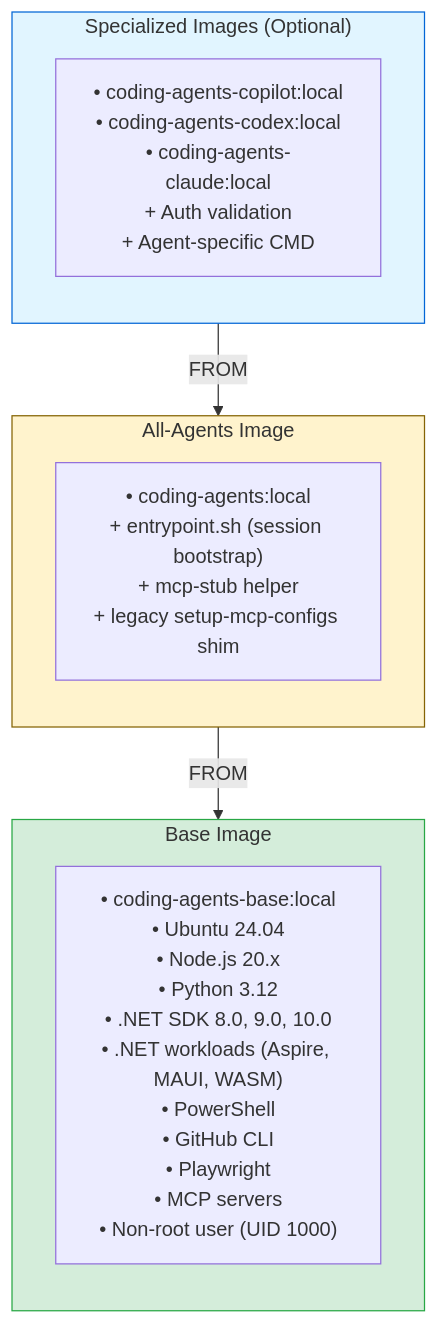
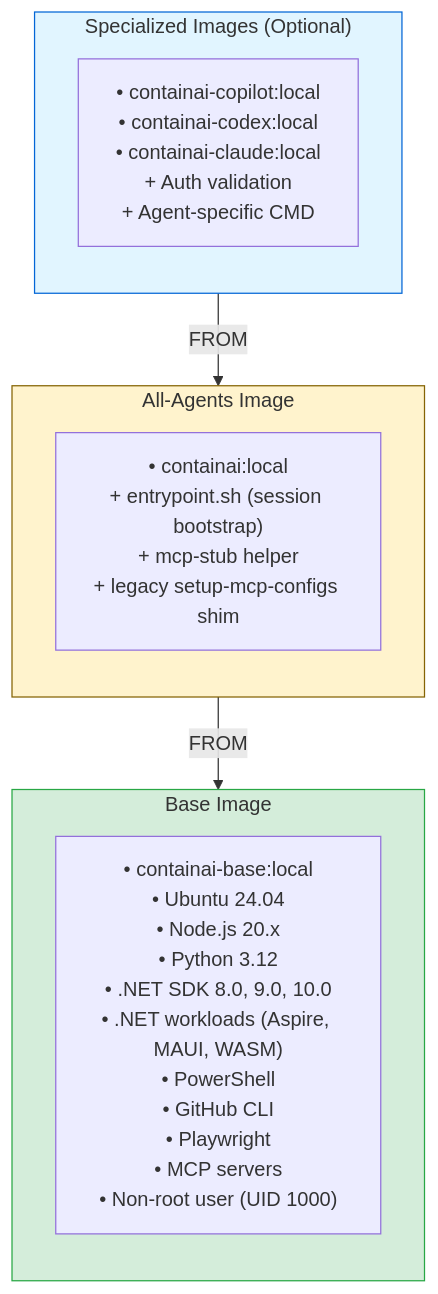
One commit to novotnyllc/ContainAI changed the second of 14 diagrams in docs/architecture.md. Above: the diagram before and after it, drawn with Mermaid. The commit also changed other lines of this file and 109 other files, not shown here.

````diff
--- a/docs/architecture.md
+++ b/docs/architecture.md
@@ -71,24 +71,24 @@
 ```mermaid
 flowchart TB
     subgraph specialized["Specialized Images (Optional)"]
         direction TB
-        spec_content["• coding-agents-copilot:local<br/>• coding-agents-codex:local<br/>• coding-agents-claude:local<br/>+ Auth validation<br/>+ Agent-specific CMD"]
+        spec_content["• containai-copilot:local<br/>• containai-codex:local<br/>• containai-claude:local<br/>+ Auth validation<br/>+ Agent-specific CMD"]
     end
     
     subgraph allagents["All-Agents Image"]
         direction TB
-        all_content["• coding-agents:local<br/>+ entrypoint.sh (session bootstrap)<br/>+ mcp-stub helper<br/>+ legacy setup-mcp-configs shim"]
+        all_content["• containai:local<br/>+ entrypoint.sh (session bootstrap)<br/>+ mcp-stub helper<br/>+ legacy setup-mcp-configs shim"]
     end
     
     subgraph base["Base Image"]
         direction TB
-        base_content["• coding-agents-base:local<br/>• Ubuntu 24.04<br/>• Node.js 20.x<br/>• Python 3.12<br/>• .NET SDK 8.0, 9.0, 10.0<br/>• .NET workloads (Aspire, MAUI, WASM)<br/>• PowerShell<br/>• GitHub CLI<br/>• Playwright<br/>• MCP servers<br/>• Non-root user (UID 1000)"]
+        base_content["• containai-base:local<br/>• Ubuntu 24.04<br/>• Node.js 20.x<br/>• Python 3.12<br/>• .NET SDK 8.0, 9.0, 10.0<br/>• .NET workloads (Aspire, MAUI, WASM)<br/>• PowerShell<br/>• GitHub CLI<br/>• Playwright<br/>• MCP servers<br/>• Non-root user (UID 1000)"]
     end
     
     specialized -->|FROM| allagents
     allagents -->|FROM| base
     
     style specialized fill:#e1f5ff,stroke:#0366d6
     style allagents fill:#fff3cd,stroke:#856404
     style base fill:#d4edda,stroke:#28a745
 ```
````
